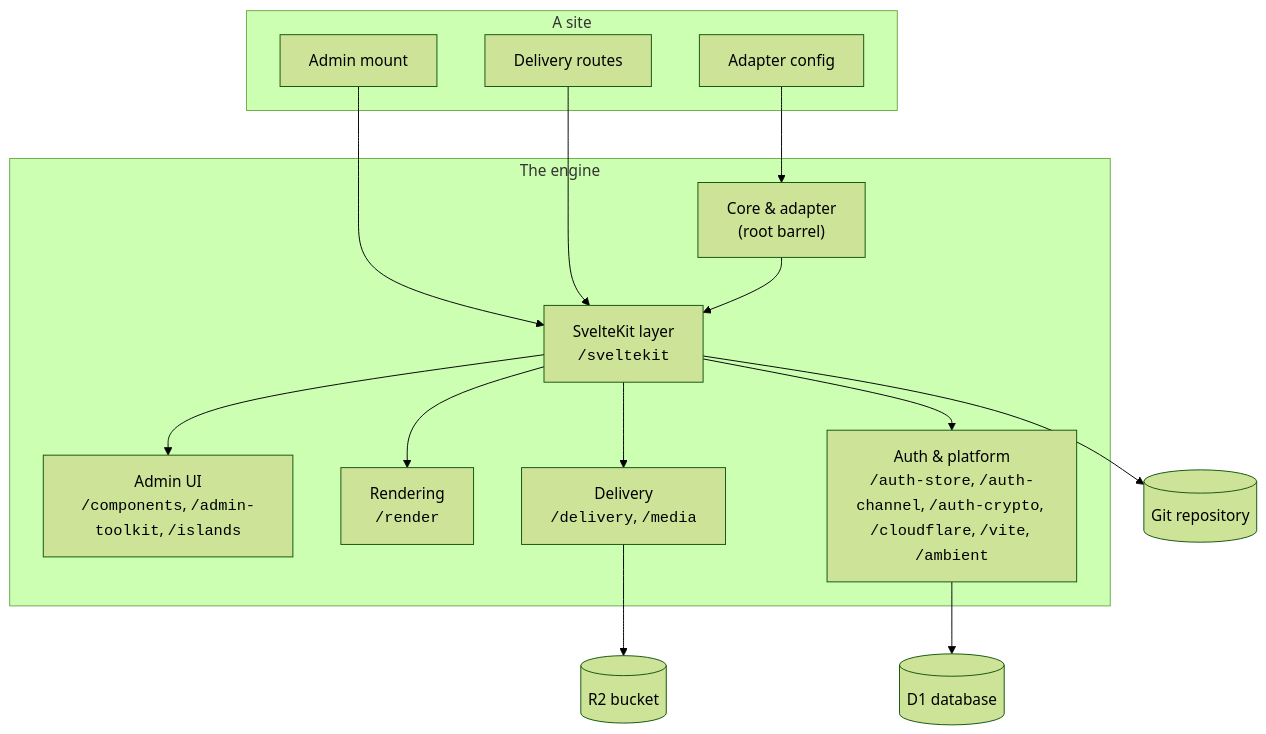
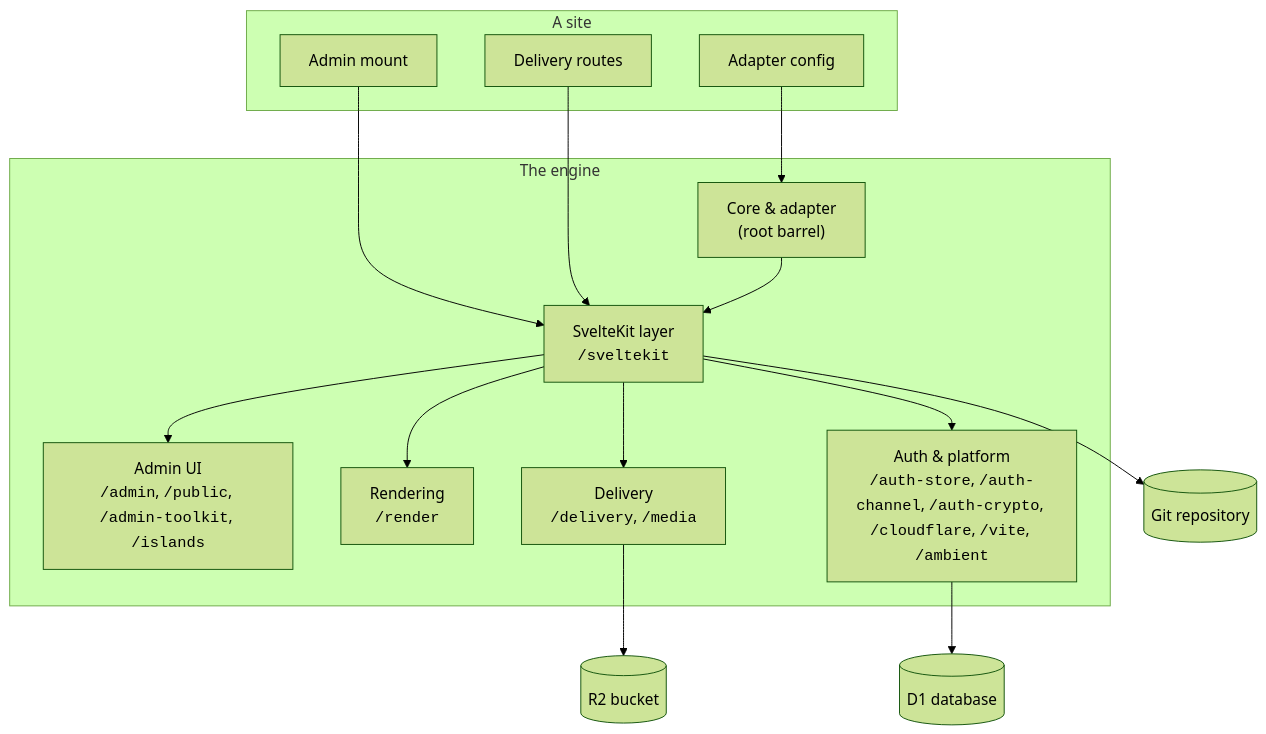
The first of 2 diagrams in docs/extend/architecture.md (glw907/cairn-cms), drawn with Mermaid (forest theme) before and after one commit. The commit also changed other lines of this file and 317 other files, not shown here.

````diff
--- a/docs/extend/architecture.md
+++ b/docs/extend/architecture.md
@@ -5,36 +5,36 @@
 ```mermaid
 flowchart TB
   accTitle: Diagram of a site calling the engine's six functional groups, which read and write three stores
   accDescr: A site's adapter, admin mount, and delivery routes call into six functional groups of the engine's export map: core and adapter, the SvelteKit layer, admin UI, rendering, delivery, and auth and platform. The SvelteKit layer reads and writes the git repository; auth and platform reads and writes D1; delivery reads and writes R2.
 
   subgraph site["A site"]
     adapterCfg["Adapter config"]
     adminMount["Admin mount"]
     deliveryRoutes["Delivery routes"]
   end
 
   subgraph engine["The engine"]
     core["Core &amp; adapter<br/>(root barrel)"]
     kit["SvelteKit layer<br/><code>/sveltekit</code>"]
-    adminUI["Admin UI<br/><code>/components</code>, <code>/admin-toolkit</code>, <code>/islands</code>"]
+    adminUI["Admin UI<br/><code>/admin</code>, <code>/public</code>, <code>/admin-toolkit</code>, <code>/islands</code>"]
     rendering["Rendering<br/><code>/render</code>"]
     delivery["Delivery<br/><code>/delivery</code>, <code>/media</code>"]
     authPlatform["Auth &amp; platform<br/><code>/auth-store</code>, <code>/auth-channel</code>, <code>/auth-crypto</code>, <code>/cloudflare</code>, <code>/vite</code>, <code>/ambient</code>"]
   end
 
   git[("Git repository")]
   d1[("D1 database")]
   r2[("R2 bucket")]
 
   adapterCfg --> core
   adminMount --> kit
   deliveryRoutes --> kit
   core --> kit
   kit --> adminUI
   kit --> rendering
   kit --> delivery
   kit --> authPlatform
   kit --> git
   authPlatform --> d1
   delivery --> r2
 ```
````
